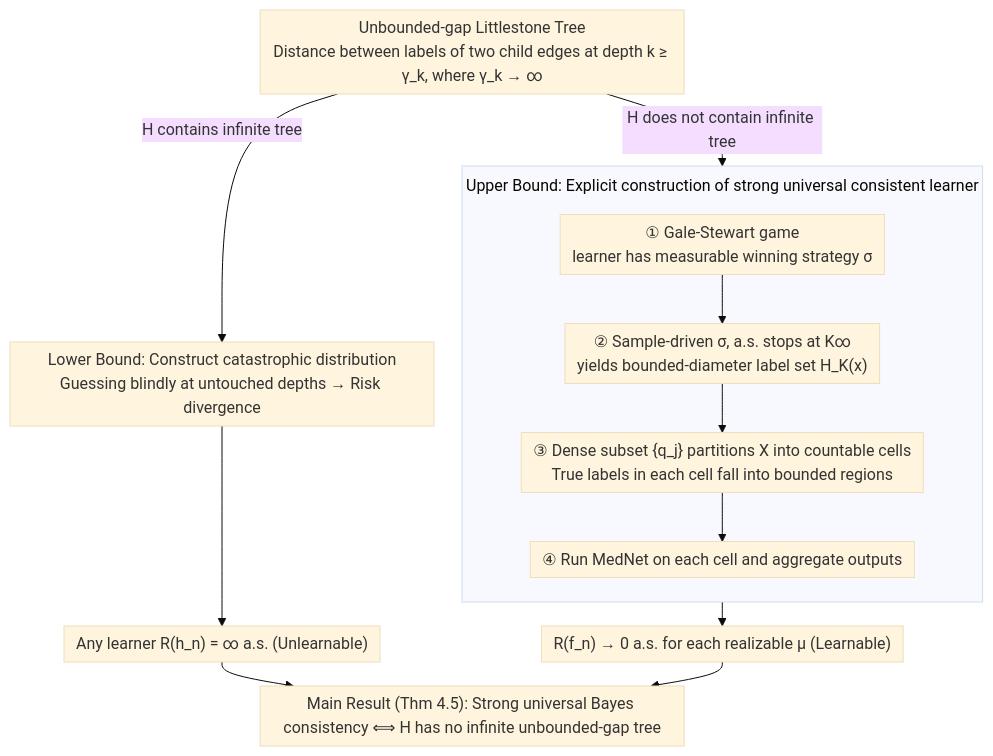
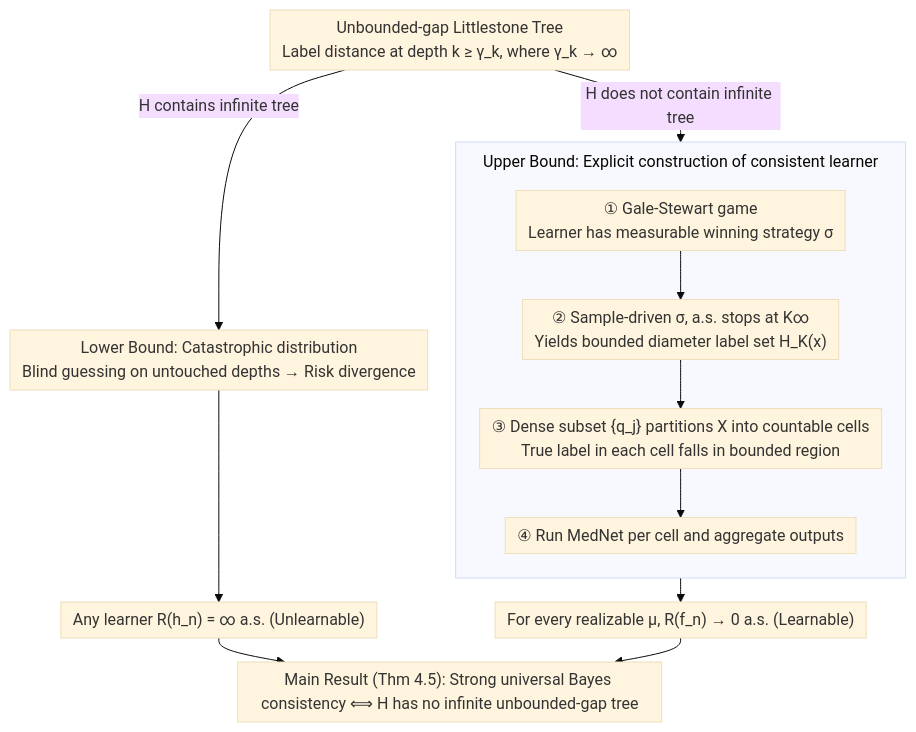
One commit to zhaoyang97/Paper-Notes-en changed the diagram in docs/ICML2026/learning_theory/realizable_bayes-consistency_for_general_metric_losses.md. Above: the diagram before and after it, drawn with Mermaid (base theme). The commit also changed other lines of this file and 5084 other files, not shown here.

````diff
--- a/docs/ICML2026/learning_theory/realizable_bayes-consistency_for_general_metric_losses.md
+++ b/docs/ICML2026/learning_theory/realizable_bayes-consistency_for_general_metric_losses.md
@@ -45,19 +45,19 @@
 ```mermaid
 %%{init: {'flowchart': {'rankSpacing': 24, 'nodeSpacing': 28, 'padding': 6, 'wrappingWidth': 400, 'subGraphTitleMargin': {'top': 8, 'bottom': 16}}}}%%
 flowchart TD
-    A["Unbounded-gap Littlestone Tree<br/>Distance between labels of two child edges at depth k ≥ γ_k, where γ_k → ∞"]
-    A -->|H contains infinite tree| B["Lower Bound: Construct catastrophic distribution<br/>Guessing blindly at untouched depths → Risk divergence"]
+    A["Unbounded-gap Littlestone Tree<br/>Label distance at depth k ≥ γ_k, where γ_k → ∞"]
+    A -->|H contains infinite tree| B["Lower Bound: Catastrophic distribution<br/>Blind guessing on untouched depths → Risk divergence"]
     B --> NB["Any learner R(h_n) = ∞ a.s. (Unlearnable)"]
     A -->|H does not contain infinite tree| C1
-    subgraph UB["Upper Bound: Explicit construction of strong universal consistent learner"]
+    subgraph UB["Upper Bound: Explicit construction of consistent learner"]
         direction TB
-        C1["① Gale-Stewart game<br/>learner has measurable winning strategy σ"]
-        C2["② Sample-driven σ, a.s. stops at K∞<br/>yields bounded-diameter label set H_K(x)"]
-        C3["③ Dense subset {q_j} partitions X into countable cells<br/>True labels in each cell fall into bounded regions"]
-        C4["④ Run MedNet on each cell and aggregate outputs"]
+        C1["① Gale-Stewart game<br/>Learner has measurable winning strategy σ"]
+        C2["② Sample-driven σ, a.s. stops at K∞<br/>Yields bounded diameter label set H_K(x)"]
+        C3["③ Dense subset {q_j} partitions X into countable cells<br/>True label in each cell falls in bounded region"]
+        C4["④ Run MedNet per cell and aggregate outputs"]
         C1 --> C2 --> C3 --> C4
     end
-    C4 --> LB["R(f_n) → 0 a.s. for each realizable μ (Learnable)"]
+    C4 --> LB["For every realizable μ, R(f_n) → 0 a.s. (Learnable)"]
     NB --> R["Main Result (Thm 4.5): Strong universal Bayes consistency ⟺ H has no infinite unbounded-gap tree"]
     LB --> R
 ```
````
